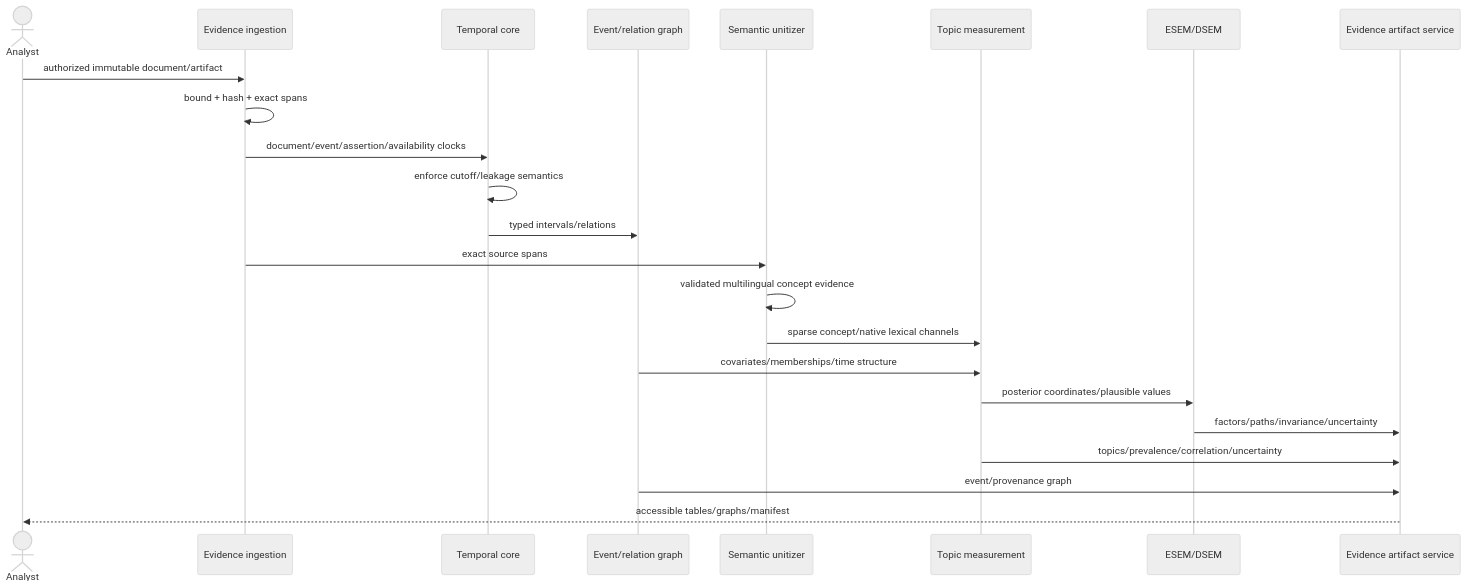
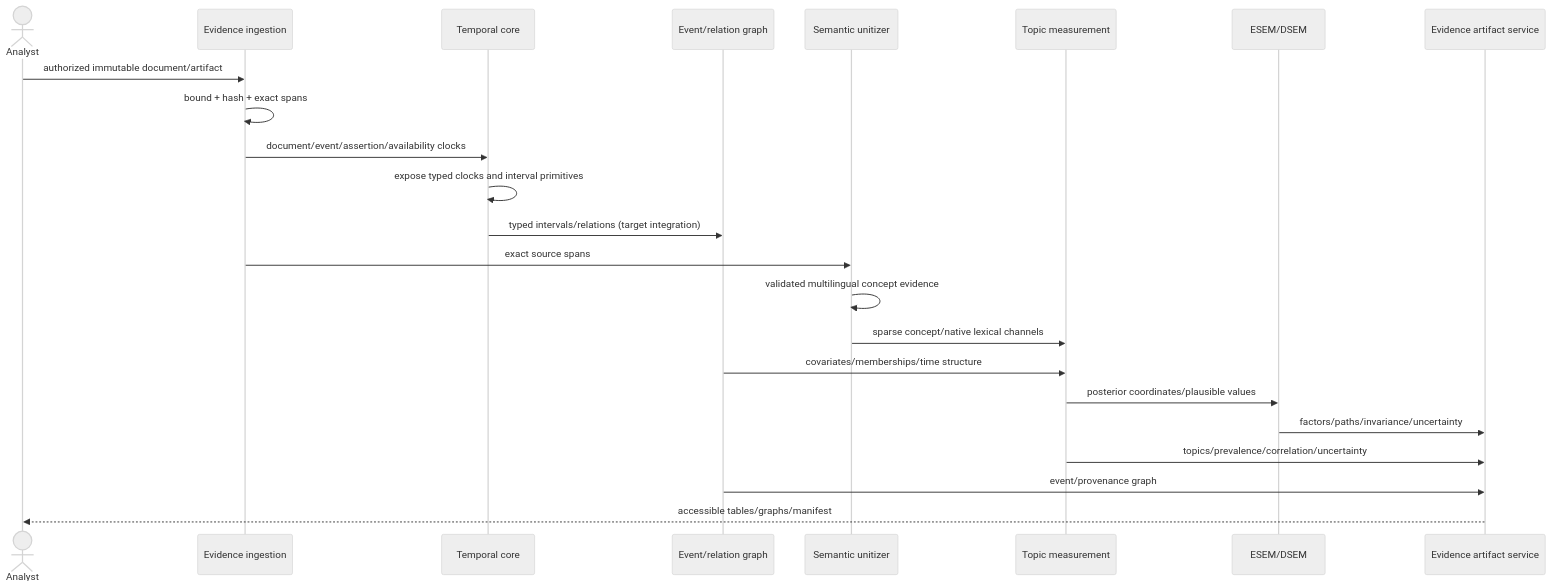
The second of 7 diagrams in docs/UML.md (ContextualWisdomLab/TEPP), drawn with Mermaid (neutral theme) before and after one commit. The commit also changed other lines of this file, not shown here.

Commit message:
docs(uml): separate typed clocks from future cutoff enforcement

````diff
--- a/docs/UML.md
+++ b/docs/UML.md
@@ -43,26 +43,26 @@
 ```mermaid
 sequenceDiagram
     actor Analyst
     participant Evidence as Evidence ingestion
     participant Temporal as Temporal core
     participant Graph as Event/relation graph
     participant Semantic as Semantic unitizer
     participant Topic as Topic measurement
     participant Psych as ESEM/DSEM
     participant Artifact as Evidence artifact service
 
     Analyst->>Evidence: authorized immutable document/artifact
     Evidence->>Evidence: bound + hash + exact spans
     Evidence->>Temporal: document/event/assertion/availability clocks
-    Temporal->>Temporal: enforce cutoff/leakage semantics
-    Temporal->>Graph: typed intervals/relations
+    Temporal->>Temporal: expose typed clocks and interval primitives
+    Temporal->>Graph: typed intervals/relations (target integration)
     Evidence->>Semantic: exact source spans
     Semantic->>Semantic: validated multilingual concept evidence
     Semantic->>Topic: sparse concept/native lexical channels
     Graph->>Topic: covariates/memberships/time structure
     Topic->>Psych: posterior coordinates/plausible values
     Psych->>Artifact: factors/paths/invariance/uncertainty
     Topic->>Artifact: topics/prevalence/correlation/uncertainty
     Graph->>Artifact: event/provenance graph
     Artifact-->>Analyst: accessible tables/graphs/manifest
 ```
````
